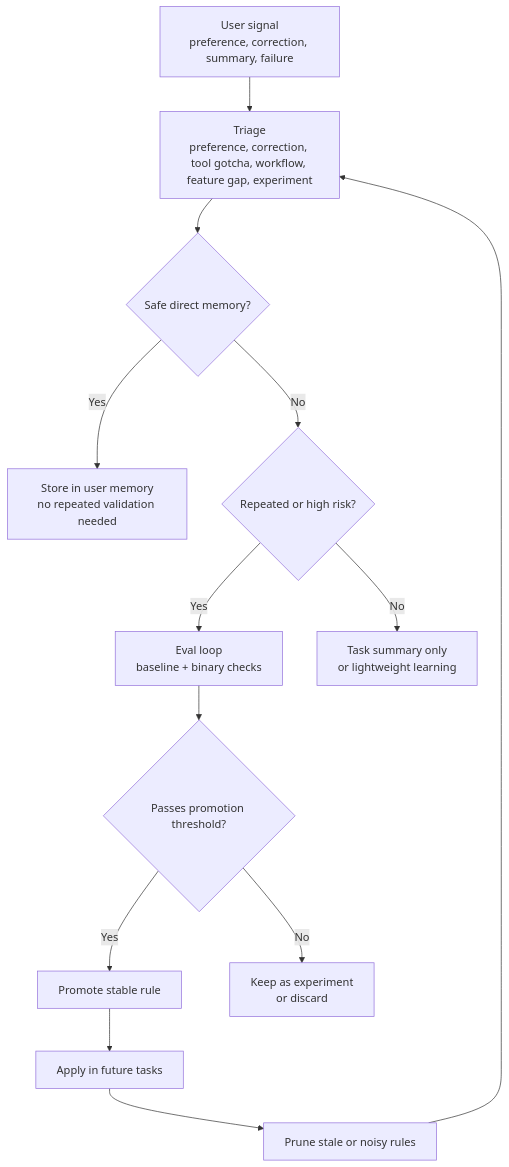
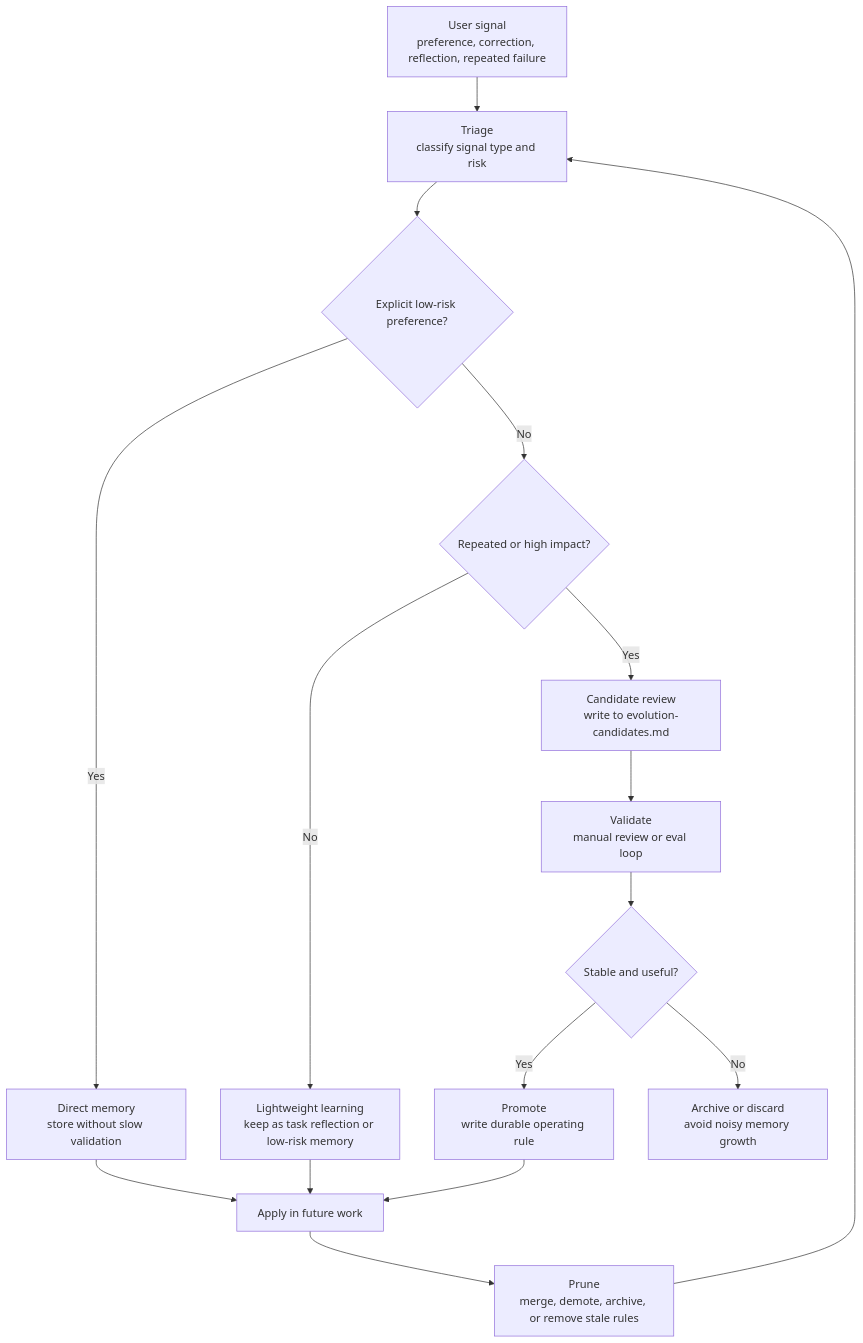
One commit to chemny/self-improving-skills changed the diagram in README.md. Above: the diagram before and after it, drawn with Mermaid. The commit also changed other lines of this file and 14 other files, not shown here.

````diff
--- a/README.md
+++ b/README.md
@@ -126,15 +89,18 @@
 ```mermaid
 flowchart TD
-    A["User signal<br/>preference, correction, summary, failure"] --> B["Triage<br/>preference, correction, tool gotcha, workflow, feature gap, experiment"]
-    B --> C{"Safe direct memory?"}
-    C -->|Yes| D["Store in user memory<br/>no repeated validation needed"]
-    C -->|No| E{"Repeated or high risk?"}
-    E -->|Yes| F["Eval loop<br/>baseline + binary checks"]
-    E -->|No| G["Task summary only<br/>or lightweight learning"]
-    F --> H{"Passes promotion threshold?"}
-    H -->|Yes| I["Promote stable rule"]
-    H -->|No| J["Keep as experiment<br/>or discard"]
-    I --> K["Apply in future tasks"]
-    K --> L["Prune stale or noisy rules"]
-    L --> B
+  A["User signal<br/>preference, correction, reflection, repeated failure"] --> B["Triage<br/>classify signal type and risk"]
+  B --> C{"Explicit low-risk preference?"}
+  C -->|Yes| D["Direct memory<br/>store without slow validation"]
+  C -->|No| E{"Repeated or high impact?"}
+  E -->|Yes| F["Candidate review<br/>write to evolution-candidates.md"]
+  E -->|No| G["Lightweight learning<br/>keep as task reflection or low-risk memory"]
+  F --> H["Validate<br/>manual review or eval loop"]
+  H --> I{"Stable and useful?"}
+  I -->|Yes| J["Promote<br/>write durable operating rule"]
+  I -->|No| K["Archive or discard<br/>avoid noisy memory growth"]
+  D --> L["Apply in future work"]
+  G --> L
+  J --> L
+  L --> M["Prune<br/>merge, demote, archive, or remove stale rules"]
+  M --> B
 ```
````
